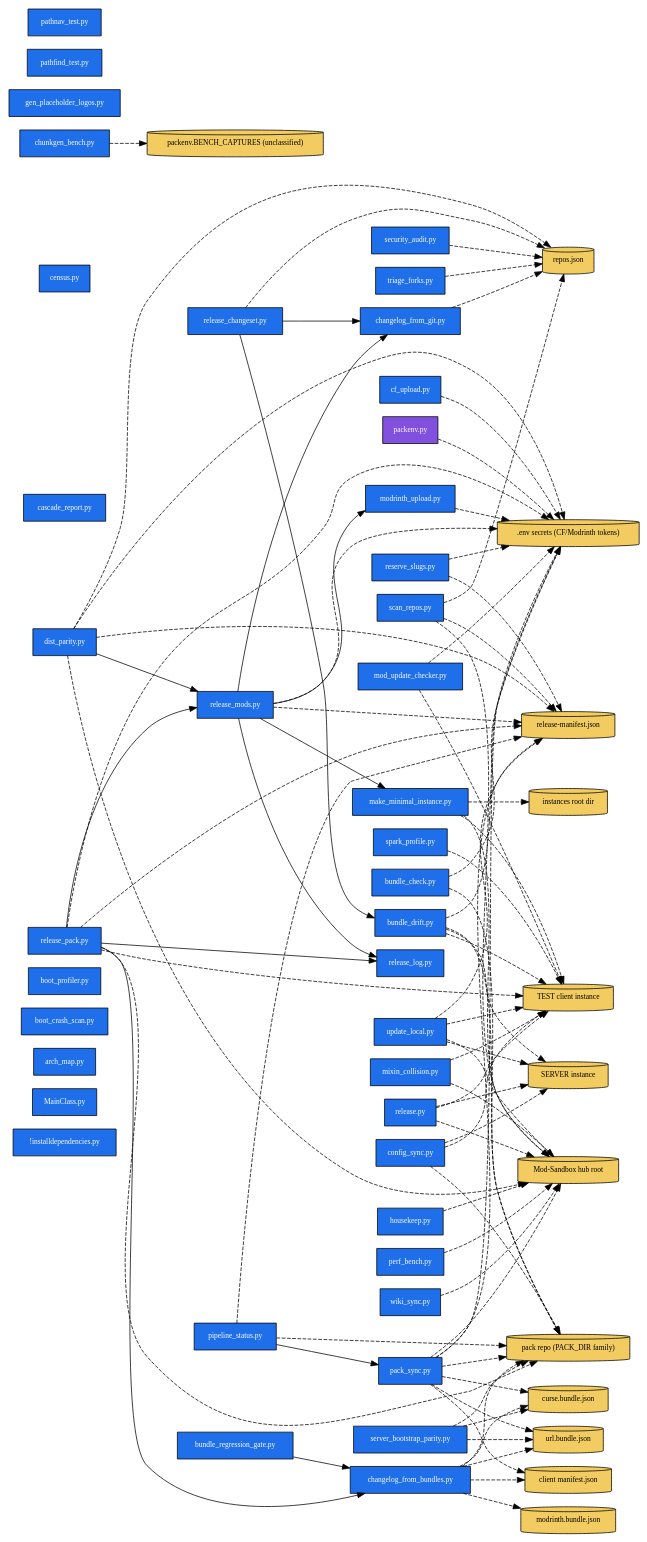
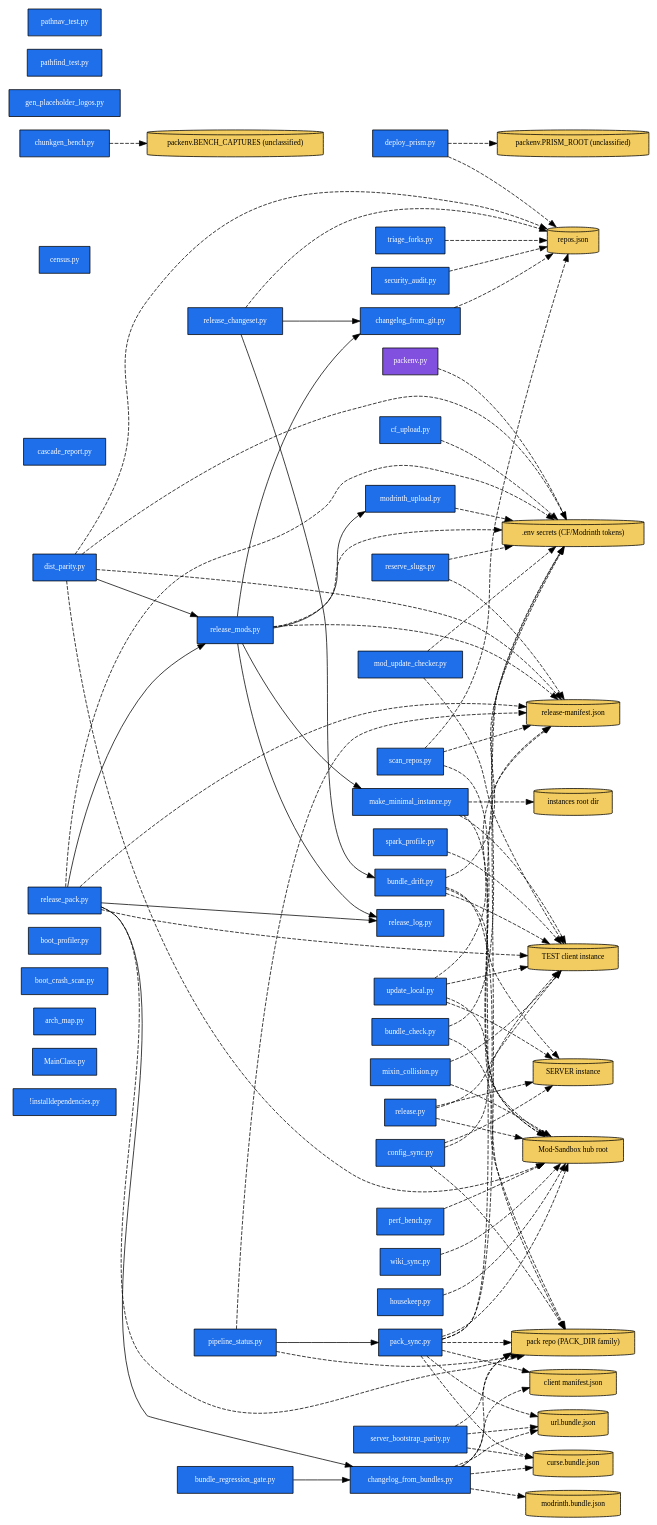
The diagram in ARCHITECTURE.dot (quentin452/Cat-Pack-Utilities), drawn with Graphviz before and after one commit. The commit also changed 4 other files, not shown here.

First line of the commit message:
feat(tooling): deploy_prism.py — flag/sync stale <mod>-test.jar in PrismLauncher instances

```diff
--- a/ARCHITECTURE.dot
+++ b/ARCHITECTURE.dot
@@ -1,140 +1,144 @@
 digraph arch {
   rankdir=LR;
   node [shape=box, style=filled, fontsize=10];
 
   S__installdependencies [label="!installdependencies.py", fillcolor="#1f6feb", fontcolor="white"];
   S_MainClass [label="MainClass.py", fillcolor="#1f6feb", fontcolor="white"];
   S_arch_map [label="arch_map.py", fillcolor="#1f6feb", fontcolor="white"];
   S_boot_crash_scan [label="boot_crash_scan.py", fillcolor="#1f6feb", fontcolor="white"];
   S_boot_profiler [label="boot_profiler.py", fillcolor="#1f6feb", fontcolor="white"];
   S_bundle_check [label="bundle_check.py", fillcolor="#1f6feb", fontcolor="white"];
   S_bundle_drift [label="bundle_drift.py", fillcolor="#1f6feb", fontcolor="white"];
   S_bundle_regression_gate [label="bundle_regression_gate.py", fillcolor="#1f6feb", fontcolor="white"];
   S_cascade_report [label="cascade_report.py", fillcolor="#1f6feb", fontcolor="white"];
   S_census [label="census.py", fillcolor="#1f6feb", fontcolor="white"];
   S_cf_upload [label="cf_upload.py", fillcolor="#1f6feb", fontcolor="white"];
   S_changelog_from_bundles [label="changelog_from_bundles.py", fillcolor="#1f6feb", fontcolor="white"];
   S_changelog_from_git [label="changelog_from_git.py", fillcolor="#1f6feb", fontcolor="white"];
   S_chunkgen_bench [label="chunkgen_bench.py", fillcolor="#1f6feb", fontcolor="white"];
   S_config_sync [label="config_sync.py", fillcolor="#1f6feb", fontcolor="white"];
+  S_deploy_prism [label="deploy_prism.py", fillcolor="#1f6feb", fontcolor="white"];
   S_dist_parity [label="dist_parity.py", fillcolor="#1f6feb", fontcolor="white"];
   S_gen_placeholder_logos [label="gen_placeholder_logos.py", fillcolor="#1f6feb", fontcolor="white"];
   S_housekeep [label="housekeep.py", fillcolor="#1f6feb", fontcolor="white"];
   S_make_minimal_instance [label="make_minimal_instance.py", fillcolor="#1f6feb", fontcolor="white"];
   S_mixin_collision [label="mixin_collision.py", fillcolor="#1f6feb", fontcolor="white"];
   S_mod_update_checker [label="mod_update_checker.py", fillcolor="#1f6feb", fontcolor="white"];
   S_modrinth_upload [label="modrinth_upload.py", fillcolor="#1f6feb", fontcolor="white"];
   S_pack_sync [label="pack_sync.py", fillcolor="#1f6feb", fontcolor="white"];
   S_packenv [label="packenv.py", fillcolor="#8250df", fontcolor="white"];
   S_pathfind_test [label="pathfind_test.py", fillcolor="#1f6feb", fontcolor="white"];
   S_pathnav_test [label="pathnav_test.py", fillcolor="#1f6feb", fontcolor="white"];
   S_perf_bench [label="perf_bench.py", fillcolor="#1f6feb", fontcolor="white"];
   S_pipeline_status [label="pipeline_status.py", fillcolor="#1f6feb", fontcolor="white"];
   S_release [label="release.py", fillcolor="#1f6feb", fontcolor="white"];
   S_release_changeset [label="release_changeset.py", fillcolor="#1f6feb", fontcolor="white"];
   S_release_log [label="release_log.py", fillcolor="#1f6feb", fontcolor="white"];
   S_release_mods [label="release_mods.py", fillcolor="#1f6feb", fontcolor="white"];
   S_release_pack [label="release_pack.py", fillcolor="#1f6feb", fontcolor="white"];
   S_reserve_slugs [label="reserve_slugs.py", fillcolor="#1f6feb", fontcolor="white"];
   S_scan_repos [label="scan_repos.py", fillcolor="#1f6feb", fontcolor="white"];
   S_security_audit [label="security_audit.py", fillcolor="#1f6feb", fontcolor="white"];
   S_server_bootstrap_parity [label="server_bootstrap_parity.py", fillcolor="#1f6feb", fontcolor="white"];
   S_spark_profile [label="spark_profile.py", fillcolor="#1f6feb", fontcolor="white"];
   S_triage_forks [label="triage_forks.py", fillcolor="#1f6feb", fontcolor="white"];
   S_update_local [label="update_local.py", fillcolor="#1f6feb", fontcolor="white"];
   S_wiki_sync [label="wiki_sync.py", fillcolor="#1f6feb", fontcolor="white"];
 
   D_ART_SECRETS [label=".env secrets (CF/Modrinth tokens)", shape=cylinder, fillcolor="#f2cc60"];
   D_ART_HUB [label="Mod-Sandbox hub root", shape=cylinder, fillcolor="#f2cc60"];
   D_ART_INSTANCE_SERVER [label="SERVER instance", shape=cylinder, fillcolor="#f2cc60"];
   D_ART_INSTANCE_TEST [label="TEST client instance", shape=cylinder, fillcolor="#f2cc60"];
   D_ART_CLIENT_MANIFEST [label="client manifest.json", shape=cylinder, fillcolor="#f2cc60"];
   D_ART_CURSE_BUNDLE [label="curse.bundle.json", shape=cylinder, fillcolor="#f2cc60"];
   D_ART_INSTANCES_ROOT [label="instances root dir", shape=cylinder, fillcolor="#f2cc60"];
   D_ART_MODRINTH_BUNDLE [label="modrinth.bundle.json", shape=cylinder, fillcolor="#f2cc60"];
   D_ART_PACK_DIR [label="pack repo (PACK_DIR family)", shape=cylinder, fillcolor="#f2cc60"];
   D_ART_OTHER_BENCH_CAPTURES [label="packenv.BENCH_CAPTURES (unclassified)", shape=cylinder, fillcolor="#f2cc60"];
+  D_ART_OTHER_PRISM_ROOT [label="packenv.PRISM_ROOT (unclassified)", shape=cylinder, fillcolor="#f2cc60"];
   D_ART_RELEASE_MANIFEST [label="release-manifest.json", shape=cylinder, fillcolor="#f2cc60"];
   D_ART_REPOS_JSON [label="repos.json", shape=cylinder, fillcolor="#f2cc60"];
   D_ART_URL_BUNDLE [label="url.bundle.json", shape=cylinder, fillcolor="#f2cc60"];
 
   S_bundle_regression_gate -> S_changelog_from_bundles;
   S_dist_parity -> S_release_mods;
   S_pipeline_status -> S_pack_sync;
   S_release_changeset -> S_bundle_drift;
   S_release_changeset -> S_changelog_from_git;
   S_release_mods -> S_changelog_from_git;
   S_release_mods -> S_make_minimal_instance;
   S_release_mods -> S_modrinth_upload;
   S_release_mods -> S_release_log;
   S_release_pack -> S_changelog_from_bundles;
   S_release_pack -> S_release_log;
   S_release_pack -> S_release_mods;
   S_bundle_check -> D_ART_SECRETS [style=dashed];
   S_bundle_check -> D_ART_PACK_DIR [style=dashed];
   S_bundle_drift -> D_ART_SECRETS [style=dashed];
   S_bundle_drift -> D_ART_INSTANCE_SERVER [style=dashed];
   S_bundle_drift -> D_ART_INSTANCE_TEST [style=dashed];
   S_bundle_drift -> D_ART_PACK_DIR [style=dashed];
   S_cf_upload -> D_ART_SECRETS [style=dashed];
   S_changelog_from_bundles -> D_ART_CLIENT_MANIFEST [style=dashed];
   S_changelog_from_bundles -> D_ART_CURSE_BUNDLE [style=dashed];
   S_changelog_from_bundles -> D_ART_MODRINTH_BUNDLE [style=dashed];
   S_changelog_from_bundles -> D_ART_PACK_DIR [style=dashed];
   S_changelog_from_bundles -> D_ART_URL_BUNDLE [style=dashed];
   S_changelog_from_git -> D_ART_REPOS_JSON [style=dashed];
   S_chunkgen_bench -> D_ART_OTHER_BENCH_CAPTURES [style=dashed];
   S_config_sync -> D_ART_INSTANCE_SERVER [style=dashed];
   S_config_sync -> D_ART_INSTANCE_TEST [style=dashed];
   S_config_sync -> D_ART_PACK_DIR [style=dashed];
+  S_deploy_prism -> D_ART_OTHER_PRISM_ROOT [style=dashed];
+  S_deploy_prism -> D_ART_REPOS_JSON [style=dashed];
   S_dist_parity -> D_ART_SECRETS [style=dashed];
   S_dist_parity -> D_ART_HUB [style=dashed];
   S_dist_parity -> D_ART_RELEASE_MANIFEST [style=dashed];
   S_dist_parity -> D_ART_REPOS_JSON [style=dashed];
   S_housekeep -> D_ART_HUB [style=dashed];
   S_make_minimal_instance -> D_ART_HUB [style=dashed];
   S_make_minimal_instance -> D_ART_INSTANCE_TEST [style=dashed];
   S_make_minimal_instance -> D_ART_INSTANCES_ROOT [style=dashed];
   S_mixin_collision -> D_ART_HUB [style=dashed];
   S_mixin_collision -> D_ART_INSTANCE_TEST [style=dashed];
   S_mod_update_checker -> D_ART_SECRETS [style=dashed];
   S_mod_update_checker -> D_ART_INSTANCE_TEST [style=dashed];
   S_modrinth_upload -> D_ART_SECRETS [style=dashed];
   S_pack_sync -> D_ART_SECRETS [style=dashed];
   S_pack_sync -> D_ART_HUB [style=dashed];
   S_pack_sync -> D_ART_CLIENT_MANIFEST [style=dashed];
   S_pack_sync -> D_ART_CURSE_BUNDLE [style=dashed];
   S_pack_sync -> D_ART_PACK_DIR [style=dashed];
   S_pack_sync -> D_ART_RELEASE_MANIFEST [style=dashed];
   S_pack_sync -> D_ART_URL_BUNDLE [style=dashed];
   S_packenv -> D_ART_SECRETS [style=dashed];
   S_perf_bench -> D_ART_HUB [style=dashed];
   S_pipeline_status -> D_ART_PACK_DIR [style=dashed];
   S_pipeline_status -> D_ART_RELEASE_MANIFEST [style=dashed];
   S_release -> D_ART_HUB [style=dashed];
   S_release -> D_ART_INSTANCE_SERVER [style=dashed];
   S_release -> D_ART_INSTANCE_TEST [style=dashed];
   S_release_changeset -> D_ART_REPOS_JSON [style=dashed];
   S_release_mods -> D_ART_SECRETS [style=dashed];
   S_release_mods -> D_ART_RELEASE_MANIFEST [style=dashed];
   S_release_pack -> D_ART_SECRETS [style=dashed];
   S_release_pack -> D_ART_INSTANCE_TEST [style=dashed];
   S_release_pack -> D_ART_PACK_DIR [style=dashed];
   S_release_pack -> D_ART_RELEASE_MANIFEST [style=dashed];
   S_reserve_slugs -> D_ART_SECRETS [style=dashed];
   S_reserve_slugs -> D_ART_RELEASE_MANIFEST [style=dashed];
   S_scan_repos -> D_ART_HUB [style=dashed];
   S_scan_repos -> D_ART_RELEASE_MANIFEST [style=dashed];
   S_scan_repos -> D_ART_REPOS_JSON [style=dashed];
   S_security_audit -> D_ART_REPOS_JSON [style=dashed];
   S_server_bootstrap_parity -> D_ART_CURSE_BUNDLE [style=dashed];
   S_server_bootstrap_parity -> D_ART_PACK_DIR [style=dashed];
   S_server_bootstrap_parity -> D_ART_URL_BUNDLE [style=dashed];
   S_spark_profile -> D_ART_INSTANCE_TEST [style=dashed];
   S_triage_forks -> D_ART_REPOS_JSON [style=dashed];
   S_update_local -> D_ART_HUB [style=dashed];
   S_update_local -> D_ART_INSTANCE_SERVER [style=dashed];
   S_update_local -> D_ART_INSTANCE_TEST [style=dashed];
   S_update_local -> D_ART_RELEASE_MANIFEST [style=dashed];
   S_wiki_sync -> D_ART_HUB [style=dashed];
 }
```
